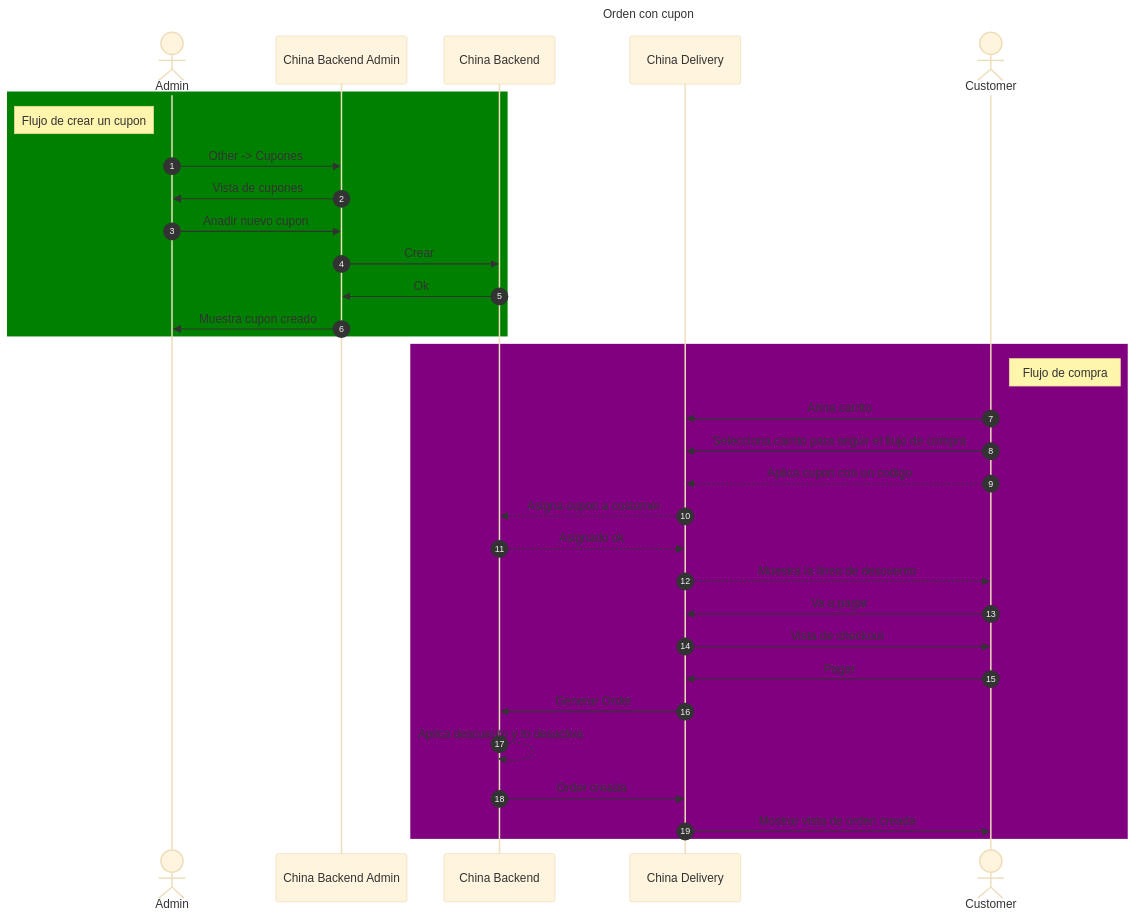
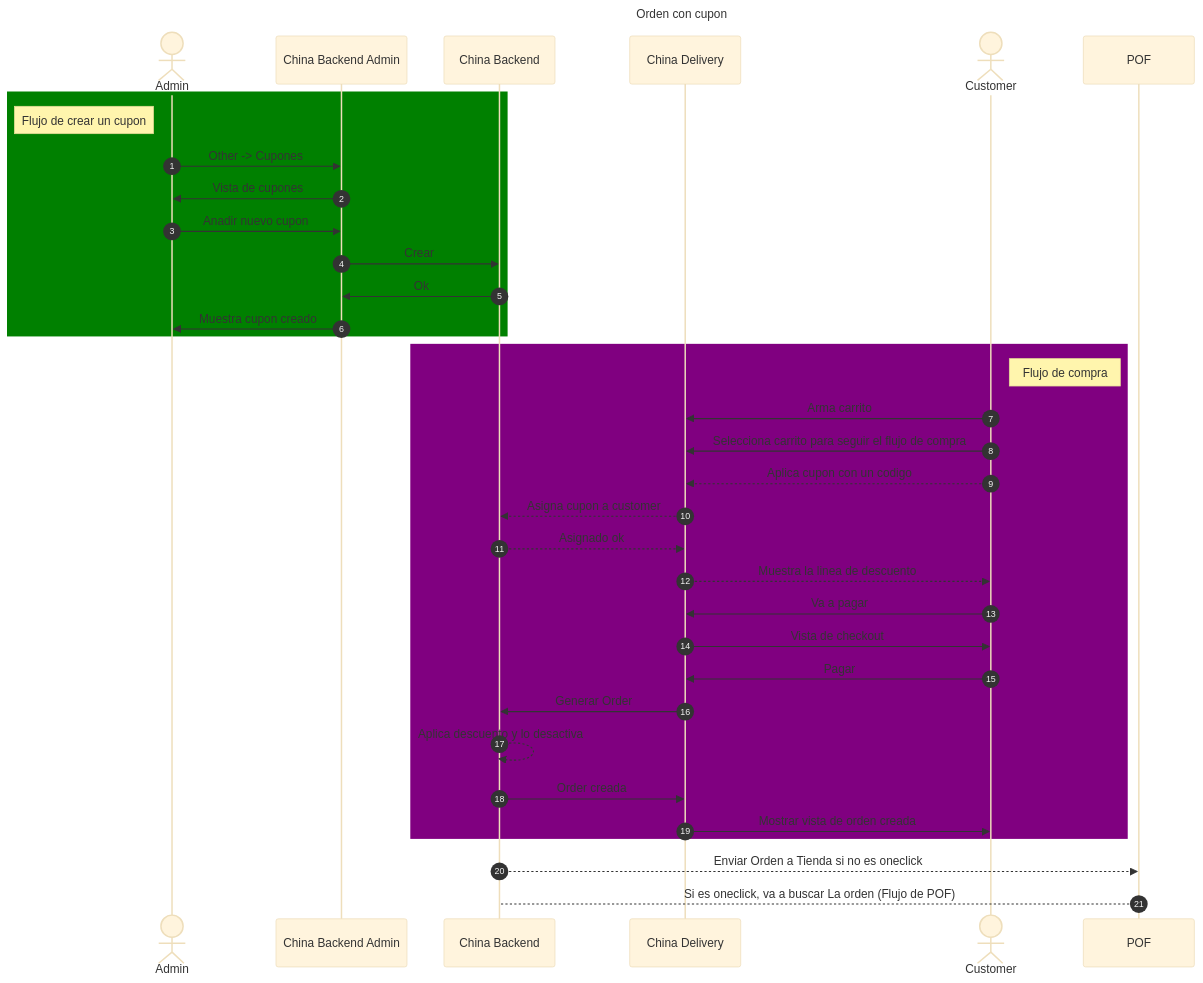
One commit to javix70/personal_obsidian changed the second of 3 diagrams in 100_niufoods/03_projects/china_backend/documentation/coupons/diagramns.md. Above: the diagram before and after it, drawn with Mermaid (base theme). The commit also changed 3 other files, not shown here.

````diff
--- a/100_niufoods/03_projects/china_backend/documentation/coupons/diagramns.md
+++ b/100_niufoods/03_projects/china_backend/documentation/coupons/diagramns.md
@@ -38,38 +38,41 @@
 ```mermaid
 ---
 title: Orden con cupon
 ---
 sequenceDiagram
     autonumber
     actor A as Admin
     participant BA as China Backend Admin
     participant B as China Backend
     participant D as China Delivery
     actor C as Customer
+    participant POF
 
     rect Green
     note left of A: Flujo de crear un cupon
     A->>BA: Other -> Cupones 
     BA->>A: Vista de cupones
     A->>BA: Anadir nuevo cupon
     BA->>B: Crear
     B->>BA: Ok
     BA->>A: Muestra cupon creado
     end
     rect Purple
     note right of C: Flujo de compra
     C->>D: Arma carrito
     C->>D: Selecciona carrito para seguir el flujo de compra
     C-->>D: Aplica cupon con un codigo
     D-->>B: Asigna cupon a customer
     B-->>D: Asignado ok
     D-->>C: Muestra la linea de descuento
     C->>D: Va a pagar
     D->>C: Vista de checkout
     C->>D: Pagar
     D->>B: Generar Order
     B-->>B: Aplica descuento y lo desactiva
     B->>D: Order creada
     D->>C: Mostrar vista de orden creada
     end
+    B-->>POF: Enviar Orden a Tienda si no es oneclick
+    POF-->B: Si es oneclick, va a buscar La orden (Flujo de POF)  
 ```
````
